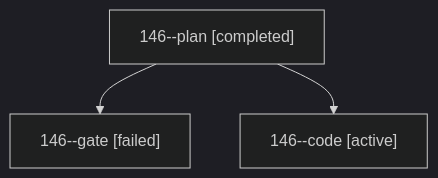
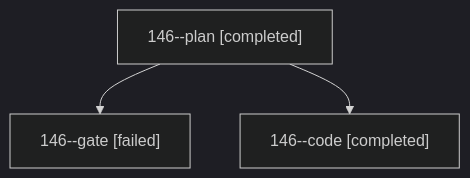
The diagram in sessions/bbugyi200.athena.146.md (bobs-org/bob-cli--agents), drawn with Mermaid (dark theme) before and after one commit. The commit also changed other lines of this file and 54 other files, not shown here.

````diff
--- a/sessions/bbugyi200.athena.146.md
+++ b/sessions/bbugyi200.athena.146.md
@@ -9,8 +9,8 @@
 ```mermaid
 flowchart TD
   n0["146--plan [completed]"]
   n1["146--gate [failed]"]
   n0 --> n1
-  n2["146--code [active]"]
+  n2["146--code [completed]"]
   n0 --> n2
 ```
````
